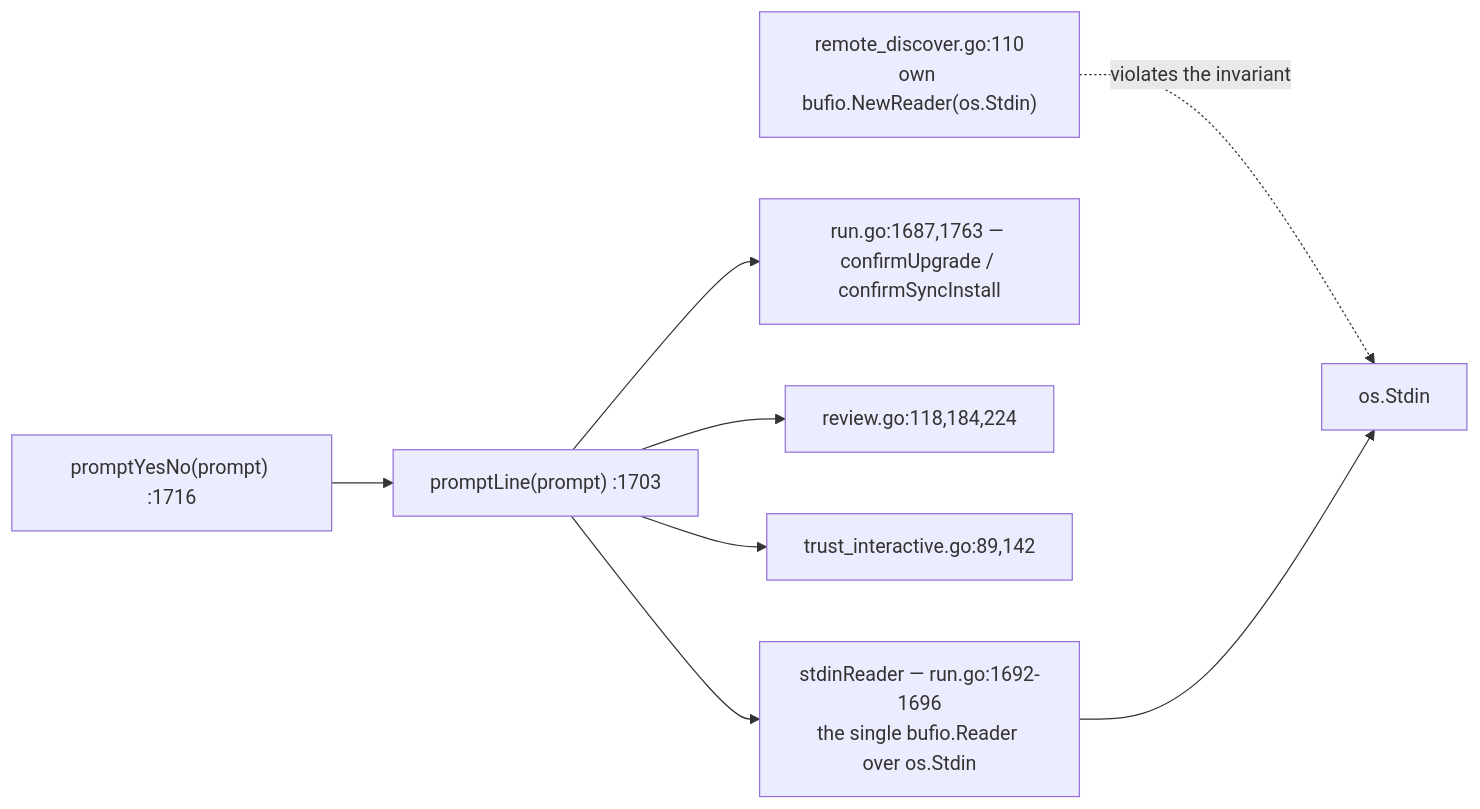
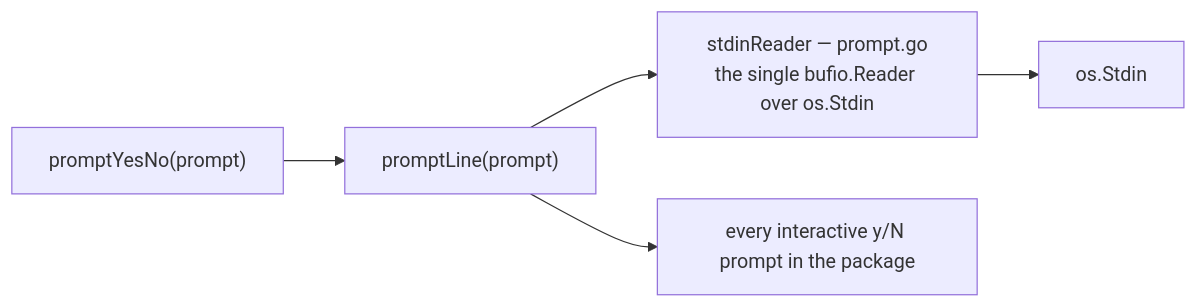
The second of 2 diagrams in docs/architecture/cli/terminal-and-prompts.md (ctxloom/ctxloom), drawn with Mermaid before and after one commit. The commit also changed other lines of this file, not shown here.

First line of the commit message:
docs(architecture): terminal-and-prompts drops its file:line censuses

````diff
--- a/docs/architecture/cli/terminal-and-prompts.md
+++ b/docs/architecture/cli/terminal-and-prompts.md
@@ -59,11 +74,8 @@
 ```mermaid
 flowchart LR
-    SR["stdinReader — run.go:1692-1696<br/>the single bufio.Reader over os.Stdin"]
-    PL["promptLine(prompt) :1703"] --> SR
-    PYN["promptYesNo(prompt) :1716"] --> PL
-    PL --> C1["run.go:1687,1763 — confirmUpgrade / confirmSyncInstall"]
-    PL --> C2["review.go:118,184,224"]
-    PL --> C3["trust_interactive.go:89,142"]
-    OWN["remote_discover.go:110<br/>own bufio.NewReader(os.Stdin)"] -.->|"violates the invariant"| STDIN["os.Stdin"]
-    SR --> STDIN
+    SR["stdinReader — prompt.go<br/>the single bufio.Reader over os.Stdin"]
+    PL["promptLine(prompt)"] --> SR
+    PYN["promptYesNo(prompt)"] --> PL
+    PL --> C["every interactive y/N prompt in the package"]
+    SR --> STDIN["os.Stdin"]
 ```
````
